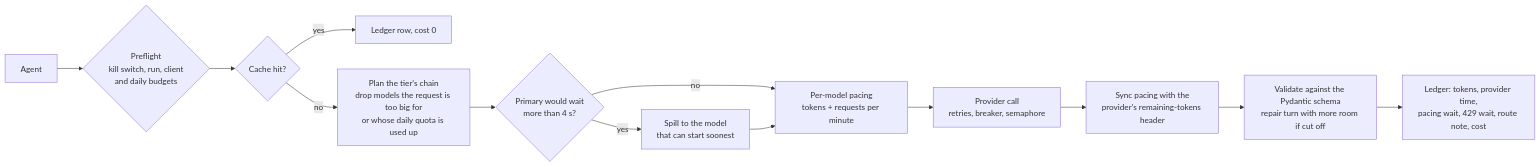
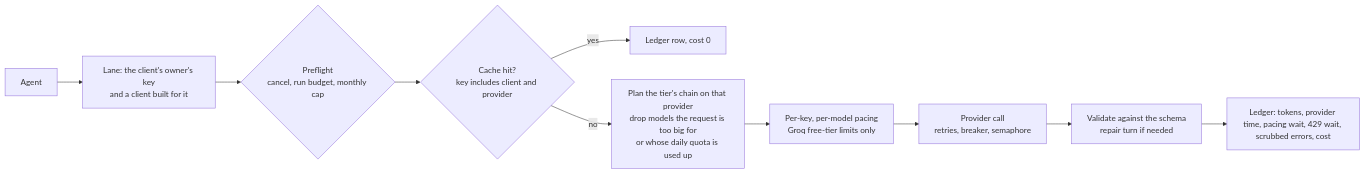
The seventh of 7 diagrams in docs/ARCHITECTURE.md (lokeshsuryawanshi/growthOS), drawn with Mermaid before and after one commit. The commit also changed other lines of this file and 3 other files, not shown here.

First line of the commit message:
Leads: real company names, staff not testimonials, senior roles only; architecture and deploy docs

````diff
--- a/docs/ARCHITECTURE.md
+++ b/docs/ARCHITECTURE.md
@@ -72,15 +145,12 @@
 ```mermaid
 flowchart LR
-  A[Agent] --> P1{Preflight<br/>kill switch, run, client<br/>and daily budgets}
-  P1 --> C{Cache hit?}
+  A[Agent] --> K[Lane: the client's owner's key<br/>and a client built for it]
+  K --> P1{Preflight<br/>cancel, run budget, monthly cap}
+  P1 --> C{Cache hit?<br/>key includes client and provider}
   C -- yes --> L[Ledger row, cost 0]
-  C -- no --> R[Plan the tier's chain<br/>drop models the request is too big for<br/>or whose daily quota is used up]
-  R --> SP{Primary would wait<br/>more than 4 s?}
-  SP -- yes --> SW[Spill to the model<br/>that can start soonest]
-  SP -- no --> B
-  SW --> B[Per-model pacing<br/>tokens + requests per minute]
+  C -- no --> R[Plan the tier's chain on that provider<br/>drop models the request is too big for<br/>or whose daily quota is used up]
+  R --> B[Per-key, per-model pacing<br/>Groq free-tier limits only]
   B --> Q[Provider call<br/>retries, breaker, semaphore]
-  Q --> H[Sync pacing with the<br/>provider's remaining-tokens header]
-  H --> V[Validate against the Pydantic schema<br/>repair turn with more room if cut off]
-  V --> L2[Ledger: tokens, provider time,<br/>pacing wait, 429 wait, route note, cost]
+  Q --> V[Validate against the schema<br/>repair turn if needed]
+  V --> L2[Ledger: tokens, provider time, pacing wait, 429 wait, scrubbed errors, cost]
 ```
````
